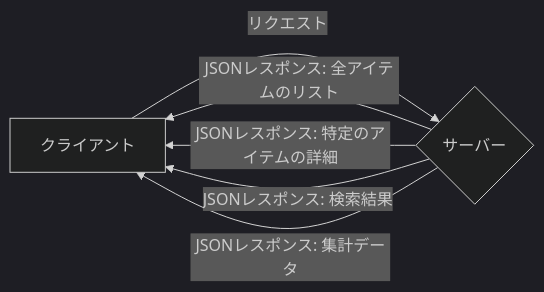
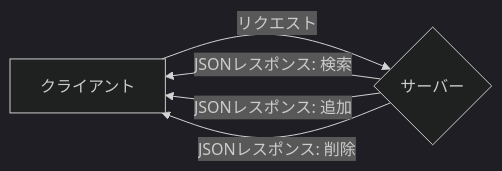
One commit to teamc-backendwebAPI/devlog changed the diagram in README.md. Above: the diagram before and after it, drawn with Mermaid (dark theme).

````diff
--- a/README.md
+++ b/README.md
@@ -87,8 +87,7 @@
 ```mermaid
 graph LR;
     A[クライアント] -- リクエスト --> B{サーバー};
-    B -- JSONレスポンス: 全アイテムのリスト --> A;
-    B -- JSONレスポンス: 特定のアイテムの詳細 --> A;
-    B -- JSONレスポンス: 検索結果 --> A;
-    B -- JSONレスポンス: 集計データ --> A;
+    B -- JSONレスポンス: 検索 --> A;
+    B -- JSONレスポンス: 追加 --> A;
+    B -- JSONレスポンス: 削除 --> A;
 ```
````
